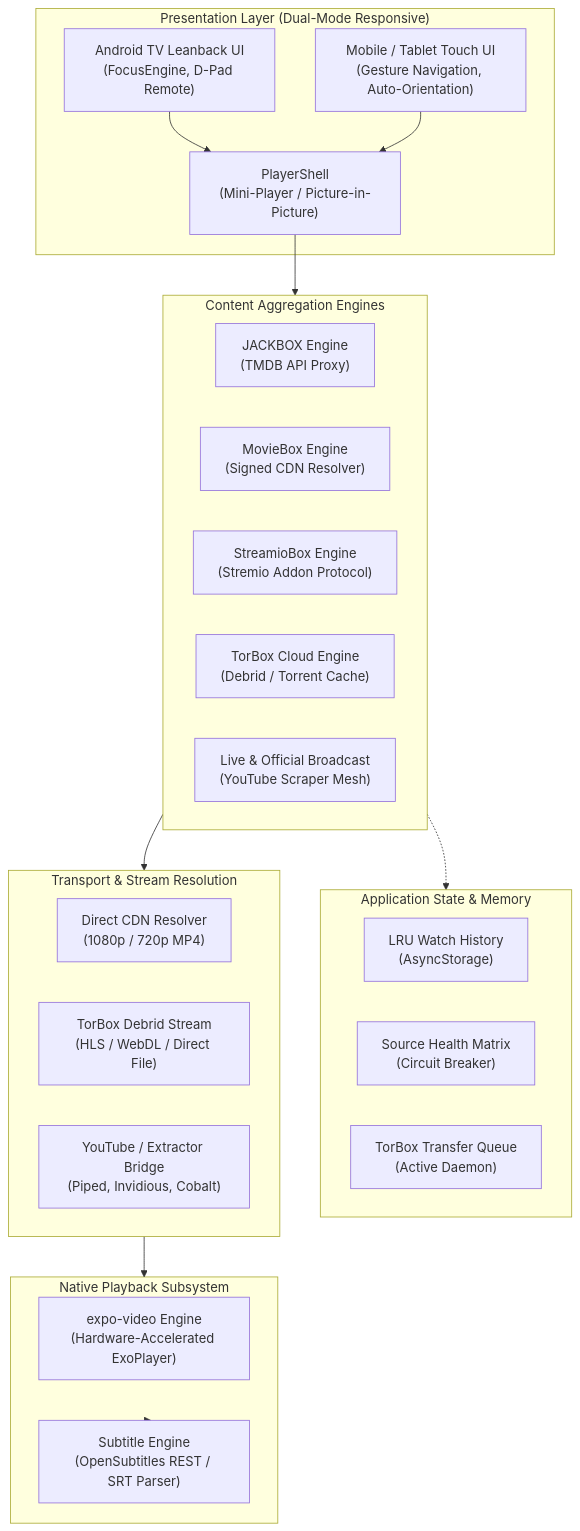
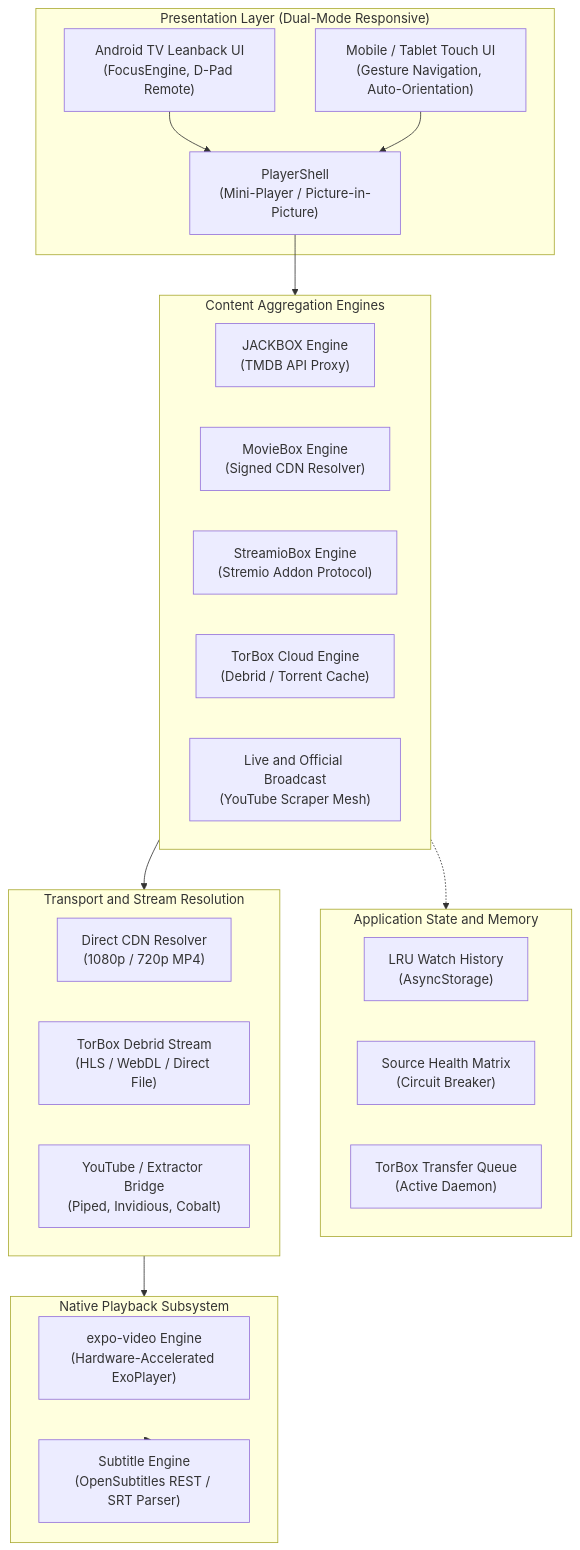
One commit to kichukic/Forus changed the first of 5 diagrams in README.md. Above: the diagram before and after it, drawn with Mermaid. The commit also changed other lines of this file and 1 other file, not shown here.

````diff
--- a/README.md
+++ b/README.md
@@ -22,41 +22,41 @@
 ```mermaid
 flowchart TD
     subgraph UI ["Presentation Layer (Dual-Mode Responsive)"]
-        TV["Android TV Leanback UI\n(FocusEngine, D-Pad Remote)"]
-        Mobile["Mobile / Tablet Touch UI\n(Gesture Navigation, Auto-Orientation)"]
-        Shell["PlayerShell\n(Mini-Player / Picture-in-Picture)"]
+        TV["Android TV Leanback UI<br/>(FocusEngine, D-Pad Remote)"]
+        Mobile["Mobile / Tablet Touch UI<br/>(Gesture Navigation, Auto-Orientation)"]
+        Shell["PlayerShell<br/>(Mini-Player / Picture-in-Picture)"]
     end
 
-    subgraph State ["Application State & Memory"]
-        History["LRU Watch History\n(AsyncStorage)"]
-        HealthMat["Source Health Matrix\n(Circuit Breaker)"]
-        Transfers["TorBox Transfer Queue\n(Active Daemon)"]
+    subgraph State ["Application State and Memory"]
+        History["LRU Watch History<br/>(AsyncStorage)"]
+        HealthMat["Source Health Matrix<br/>(Circuit Breaker)"]
+        Transfers["TorBox Transfer Queue<br/>(Active Daemon)"]
     end
 
     subgraph Engines ["Content Aggregation Engines"]
-        JACKBOX["JACKBOX Engine\n(TMDB API Proxy)"]
-        MovieBox["MovieBox Engine\n(Signed CDN Resolver)"]
-        Streamio["StreamioBox Engine\n(Stremio Addon Protocol)"]
-        TorBoxEng["TorBox Cloud Engine\n(Debrid / Torrent Cache)"]
-        LiveEng["Live & Official Broadcast\n(YouTube Scraper Mesh)"]
+        JACKBOX["JACKBOX Engine<br/>(TMDB API Proxy)"]
+        MovieBox["MovieBox Engine<br/>(Signed CDN Resolver)"]
+        Streamio["StreamioBox Engine<br/>(Stremio Addon Protocol)"]
+        TorBoxEng["TorBox Cloud Engine<br/>(Debrid / Torrent Cache)"]
+        LiveEng["Live and Official Broadcast<br/>(YouTube Scraper Mesh)"]
     end
 
-    subgraph Transport ["Transport & Stream Resolution"]
-        DirectCDN["Direct CDN Resolver\n(1080p / 720p MP4)"]
-        DebridStream["TorBox Debrid Stream\n(HLS / WebDL / Direct File)"]
-        YTBridge["YouTube / Extractor Bridge\n(Piped, Invidious, Cobalt)"]
+    subgraph Transport ["Transport and Stream Resolution"]
+        DirectCDN["Direct CDN Resolver<br/>(1080p / 720p MP4)"]
+        DebridStream["TorBox Debrid Stream<br/>(HLS / WebDL / Direct File)"]
+        YTBridge["YouTube / Extractor Bridge<br/>(Piped, Invidious, Cobalt)"]
     end
 
     subgraph CorePlayer ["Native Playback Subsystem"]
-        Exo["expo-video Engine\n(Hardware-Accelerated ExoPlayer)"]
-        Subtitles["Subtitle Engine\n(OpenSubtitles REST / SRT Parser)"]
+        Exo["expo-video Engine<br/>(Hardware-Accelerated ExoPlayer)"]
+        Subtitles["Subtitle Engine<br/>(OpenSubtitles REST / SRT Parser)"]
     end
 
     TV --> Shell
     Mobile --> Shell
     Shell --> Engines
     Engines --> Transport
     Transport --> CorePlayer
     CorePlayer --> Subtitles
     Engines -.-> State
 ```
````
